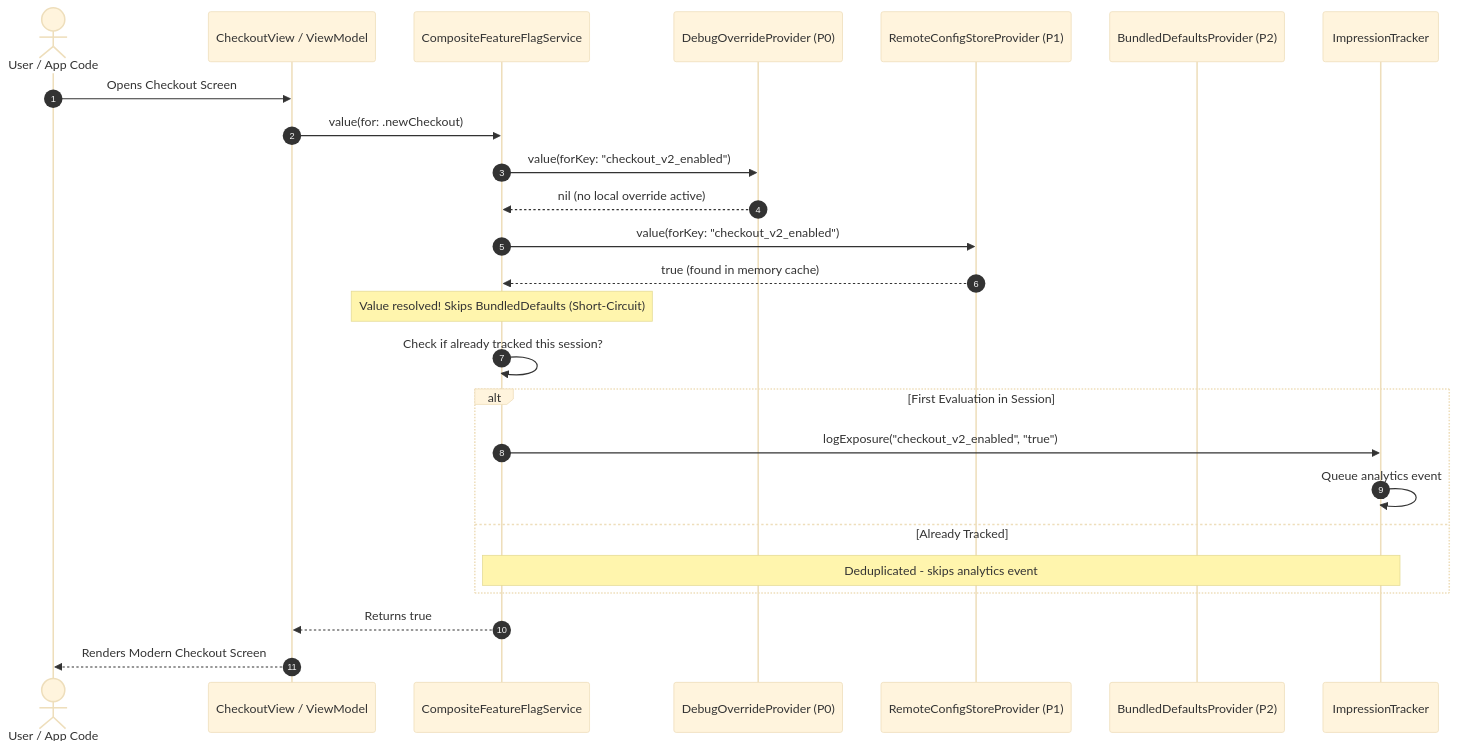
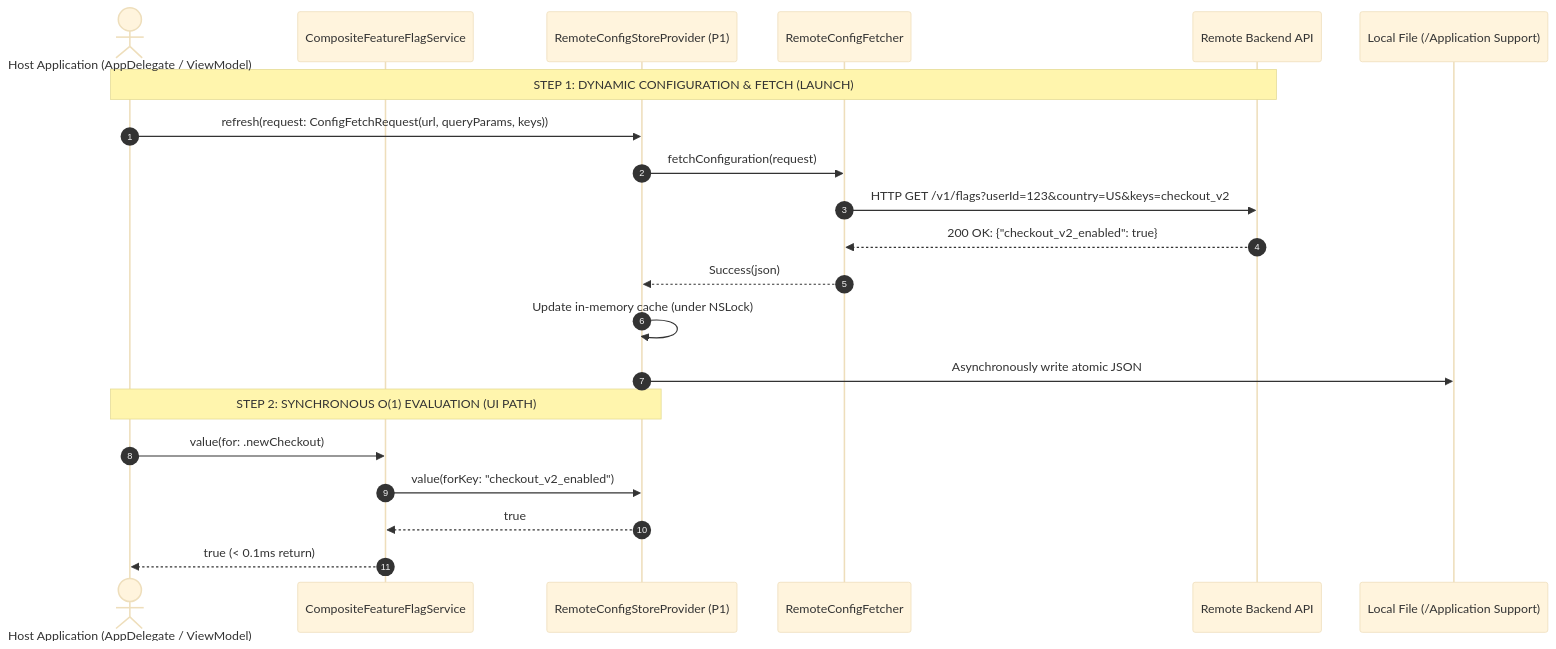
Before and after one commit to therahulgoel/ios-system-design: the second of 2 diagrams in docs/feature-flag-system.md, drawn with Mermaid (base theme). The commit also changed other lines of this file, not shown here.

Commit message:
docs: separate HLD whiteboard system topology from LLD and add dynamic URL configuration to Feature Flag SDK

````diff
--- a/docs/feature-flag-system.md
+++ b/docs/feature-flag-system.md
@@ -186,33 +239,25 @@
 ```mermaid
 sequenceDiagram
     autonumber
-    actor User as User / App Code
-    participant View as CheckoutView / ViewModel
+    actor HostApp as Host Application (AppDelegate / ViewModel)
     participant Service as CompositeFeatureFlagService
-    participant Debug as DebugOverrideProvider (P0)
-    participant Remote as RemoteConfigStoreProvider (P1)
-    participant Bundled as BundledDefaultsProvider (P2)
-    participant Tracker as ImpressionTracker
+    participant RemoteStore as RemoteConfigStoreProvider (P1)
+    participant Fetcher as RemoteConfigFetcher
+    participant Cloud as Remote Backend API
+    participant Disk as Local File (/Application Support)
 
-    User->>View: Opens Checkout Screen
-    View->>Service: value(for: .newCheckout)
-    
-    Service->>Debug: value(forKey: "checkout_v2_enabled")
-    Debug-->>Service: nil (no local override active)
-    
-    Service->>Remote: value(forKey: "checkout_v2_enabled")
-    Remote-->>Service: true (found in memory cache)
-    
-    Note over Service: Value resolved! Skips BundledDefaults (Short-Circuit)
-    
-    Service->>Service: Check if already tracked this session?
-    alt First Evaluation in Session
-        Service->>Tracker: logExposure("checkout_v2_enabled", "true")
-        Tracker->>Tracker: Queue analytics event
-    else Already Tracked
-        Note over Service,Tracker: Deduplicated - skips analytics event
-    end
+    Note over HostApp,Cloud: STEP 1: DYNAMIC CONFIGURATION & FETCH (LAUNCH)
+    HostApp->>RemoteStore: refresh(request: ConfigFetchRequest(url, queryParams, keys))
+    RemoteStore->>Fetcher: fetchConfiguration(request)
+    Fetcher->>Cloud: HTTP GET /v1/flags?userId=123&country=US&keys=checkout_v2
+    Cloud-->>Fetcher: 200 OK: {"checkout_v2_enabled": true}
+    Fetcher-->>RemoteStore: Success(json)
+    RemoteStore->>RemoteStore: Update in-memory cache (under NSLock)
+    RemoteStore->>Disk: Asynchronously write atomic JSON
 
-    Service-->>View: Returns true
-    View-->>User: Renders Modern Checkout Screen
+    Note over HostApp,RemoteStore: STEP 2: SYNCHRONOUS O(1) EVALUATION (UI PATH)
+    HostApp->>Service: value(for: .newCheckout)
+    Service->>RemoteStore: value(forKey: "checkout_v2_enabled")
+    RemoteStore-->>Service: true
+    Service-->>HostApp: true (< 0.1ms return)
 ```
````
